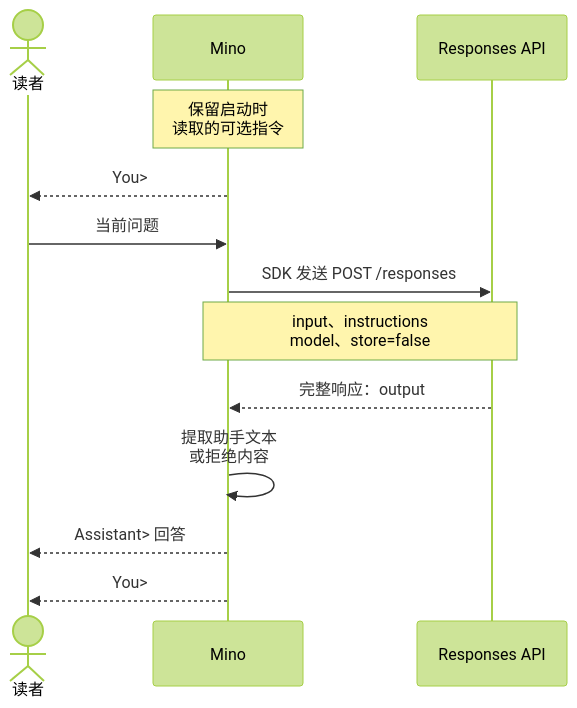
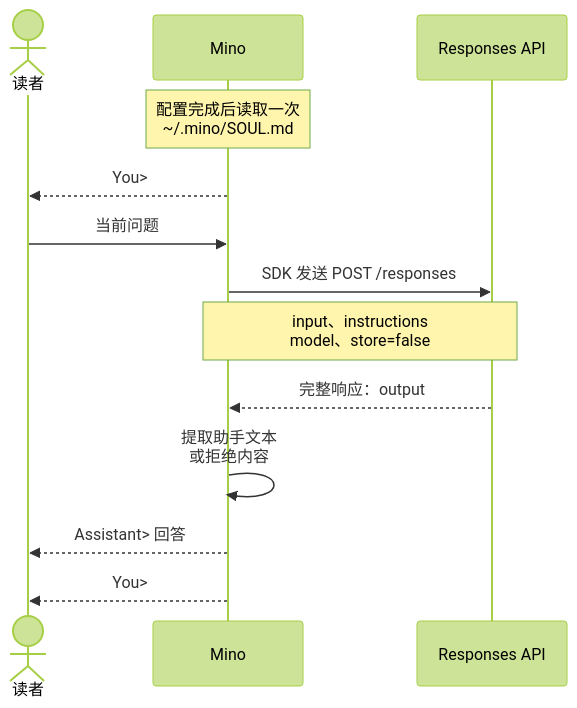
Before and after one commit to qshine/mino: the diagram in docs/books/zh/chapters/01-terminal-chat.md, drawn with Mermaid (forest theme). The commit also changed other lines of this file and 9 other files, not shown here.

````diff
--- a/docs/books/zh/chapters/01-terminal-chat.md
+++ b/docs/books/zh/chapters/01-terminal-chat.md
@@ -36,17 +36,17 @@
 ```mermaid
 sequenceDiagram
     accTitle: 一条问题经过 Mino 的路径
-    accDescr: Mino 在启动时保留可选指令，提示读者输入问题，通过 OpenAI Go SDK 将当前输入发送给 Responses API，从完整响应中提取助手文本，显示后再次提示输入。
+    accDescr: 配置完成后，Mino 读取一次用户主目录下的 SOUL.md，提示读者输入问题，通过 OpenAI Go SDK 将身份指令和当前输入发送给 Responses API，提取并显示回答后再次提示输入。
     actor User as 读者
     participant Mino as Mino
     participant API as Responses API
-    Note over Mino: 保留启动时<br/>读取的可选指令
+    Note over Mino: 配置完成后读取一次<br/>~/.mino/SOUL.md
     Mino-->>User: You>
     User->>Mino: 当前问题
     Mino->>API: SDK 发送 POST /responses
     Note over Mino,API: input、instructions<br/>model、store=false
     API-->>Mino: 完整响应：output
     Mino->>Mino: 提取助手文本<br/>或拒绝内容
     Mino-->>User: Assistant> 回答
     Mino-->>User: You>
 ```
````
